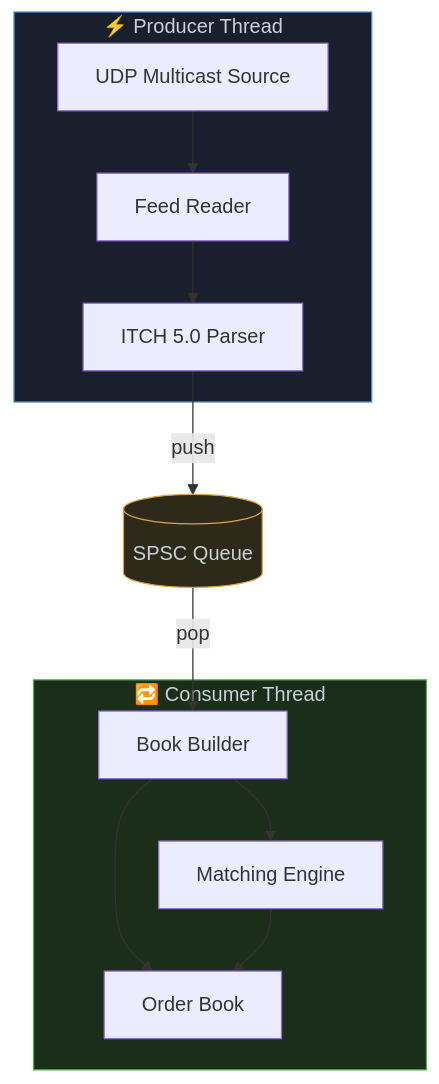
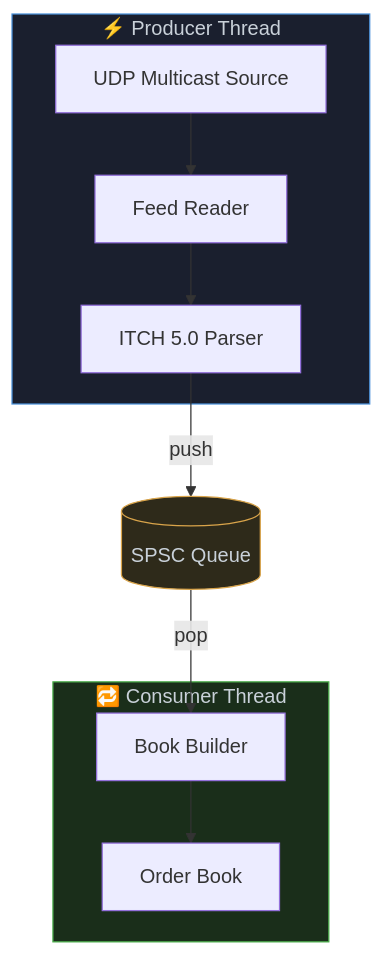
Before and after one commit to kchasialis/fastbook: the diagram in README.md, drawn with Mermaid. The commit also changed other lines of this file and 22 other files, not shown here.

````diff
--- a/README.md
+++ b/README.md
@@ -13,25 +13,23 @@
 ```mermaid
 flowchart TD
     subgraph producer["⚡ Producer Thread"]
         SRC["UDP Multicast Source"]
         FR["Feed Reader"]
         FH["ITCH 5.0 Parser"]
         SRC --> FR --> FH
     end
 
     SPSC[("SPSC Queue")]
 
     subgraph consumer["🔁 Consumer Thread"]
         BB["Book Builder"]
         OB["Order Book"]
-        ME["Matching Engine"]
-        BB --> OB & ME
-        ME --> OB
+        BB --> OB
     end
 
     FH -- "push" --> SPSC -- "pop" --> BB
 
     style producer fill:#1a1f2e,stroke:#4a90d9,color:#c9d1d9
     style consumer fill:#1a2e1a,stroke:#4aad4a,color:#c9d1d9
     style SPSC fill:#2e2a1a,stroke:#d9a44a,color:#c9d1d9
 ```
````
